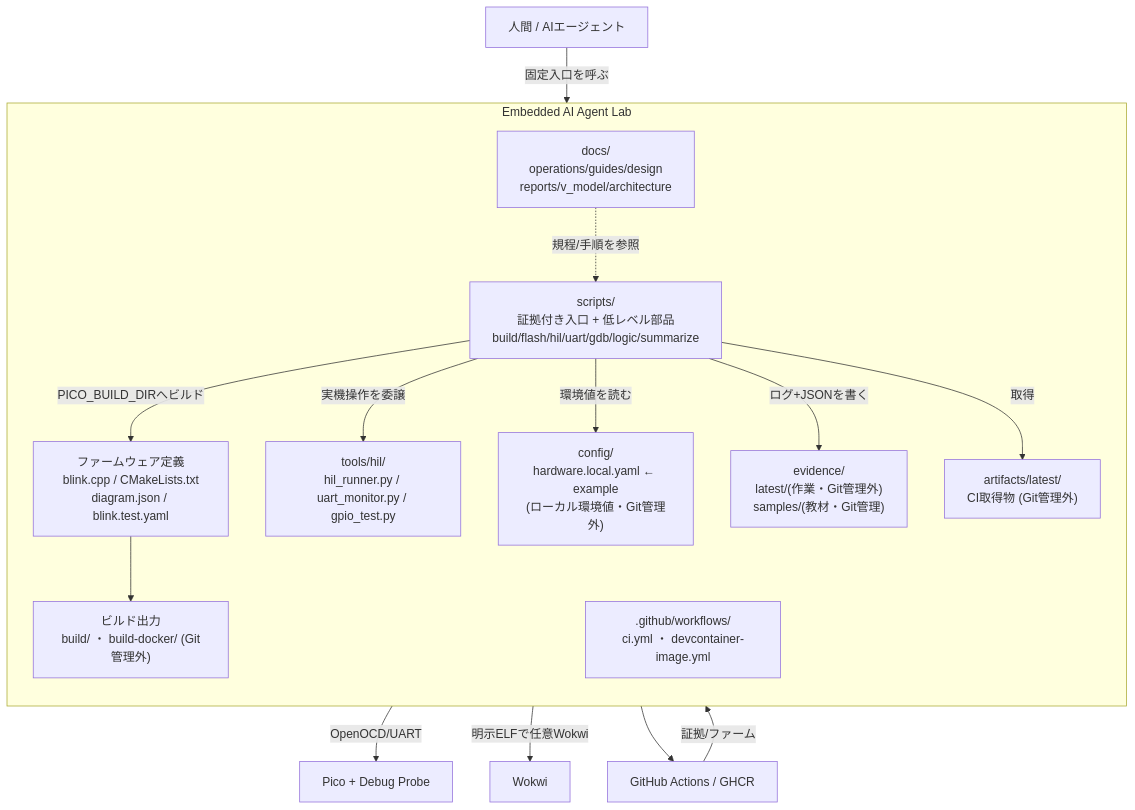
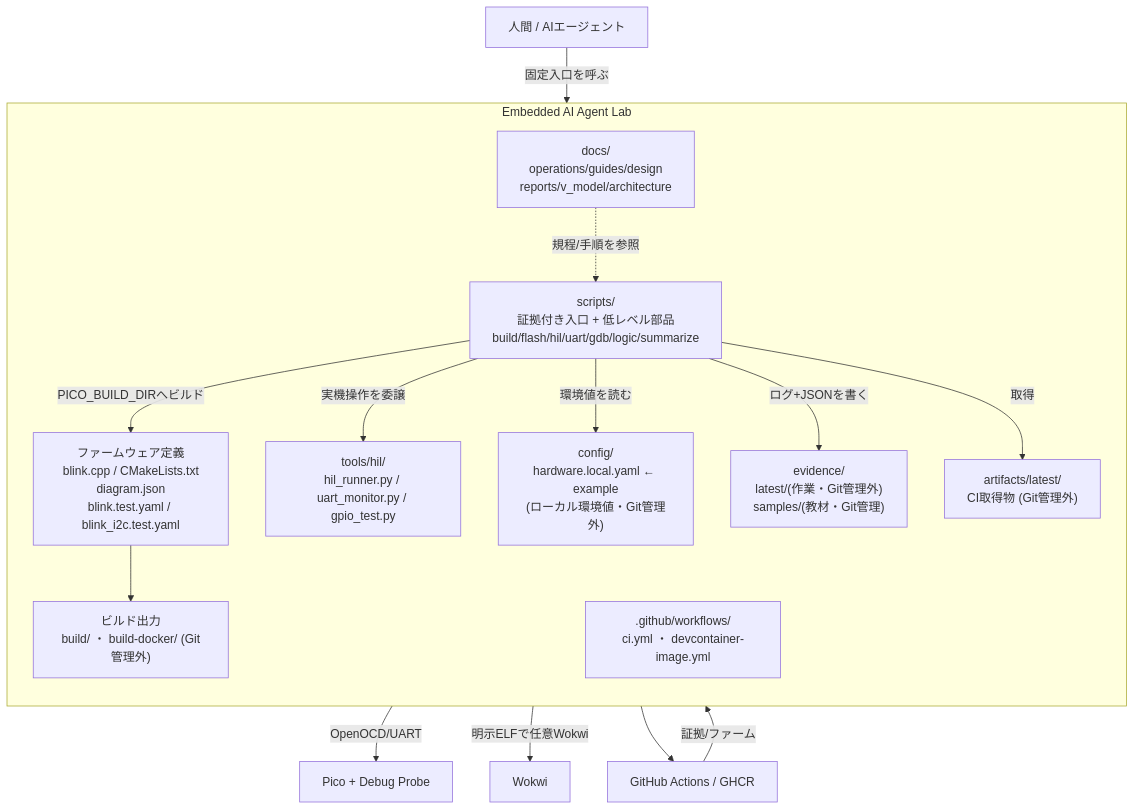
Before and after one commit to capybara-works/pico-sdk-blink: the diagram in docs/architecture/02_containers.md, drawn with Mermaid. The commit also changed 24 other files, not shown here.

````diff
--- a/docs/architecture/02_containers.md
+++ b/docs/architecture/02_containers.md
@@ -6,34 +6,34 @@
 ```mermaid
 flowchart TB
     actor["人間 / AIエージェント"]
 
     subgraph lab["Embedded AI Agent Lab"]
         direction TB
         scripts["scripts/<br/>証拠付き入口 + 低レベル部品<br/>build/flash/hil/uart/gdb/logic/summarize"]
         hil["tools/hil/<br/>hil_runner.py / uart_monitor.py / gpio_test.py"]
         cfg["config/<br/>hardware.local.yaml ← example<br/>(ローカル環境値・Git管理外)"]
-        src["ファームウェア定義<br/>blink.cpp / CMakeLists.txt<br/>diagram.json / blink.test.yaml"]
+        src["ファームウェア定義<br/>blink.cpp / CMakeLists.txt<br/>diagram.json<br/>blink.test.yaml / blink_i2c.test.yaml"]
         build["ビルド出力<br/>build/ ・ build-docker/ (Git管理外)"]
         ev["evidence/<br/>latest/(作業・Git管理外)<br/>samples/(教材・Git管理)"]
         art["artifacts/latest/<br/>CI取得物 (Git管理外)"]
         docs["docs/<br/>operations/guides/design<br/>reports/v_model/architecture"]
         ciw[".github/workflows/<br/>ci.yml ・ devcontainer-image.yml"]
     end
 
     extWokwi["Wokwi"]
     extHw["Pico + Debug Probe"]
     extCI["GitHub Actions / GHCR"]
 
     actor -->|"固定入口を呼ぶ"| scripts
     scripts -->|"PICO_BUILD_DIRへビルド"| src
     src --> build
     scripts -->|"実機操作を委譲"| hil
     scripts -->|"環境値を読む"| cfg
     scripts -->|"ログ+JSONを書く"| ev
     hil -->|"OpenOCD/UART"| extHw
     scripts -->|"明示ELFで任意Wokwi"| extWokwi
     ciw --> extCI
     extCI -->|"証拠/ファーム"| art
     scripts -->|"取得"| art
     docs -.->|"規程/手順を参照"| scripts
 ```
````
